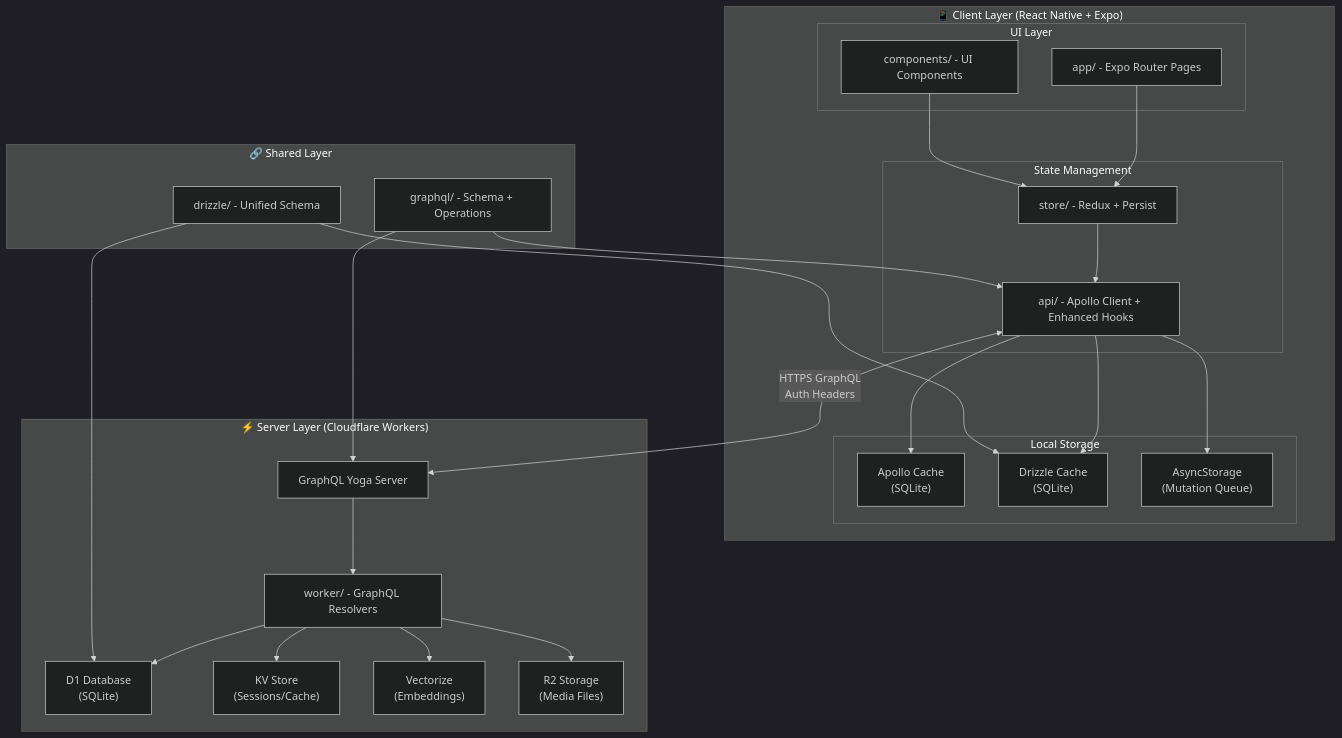
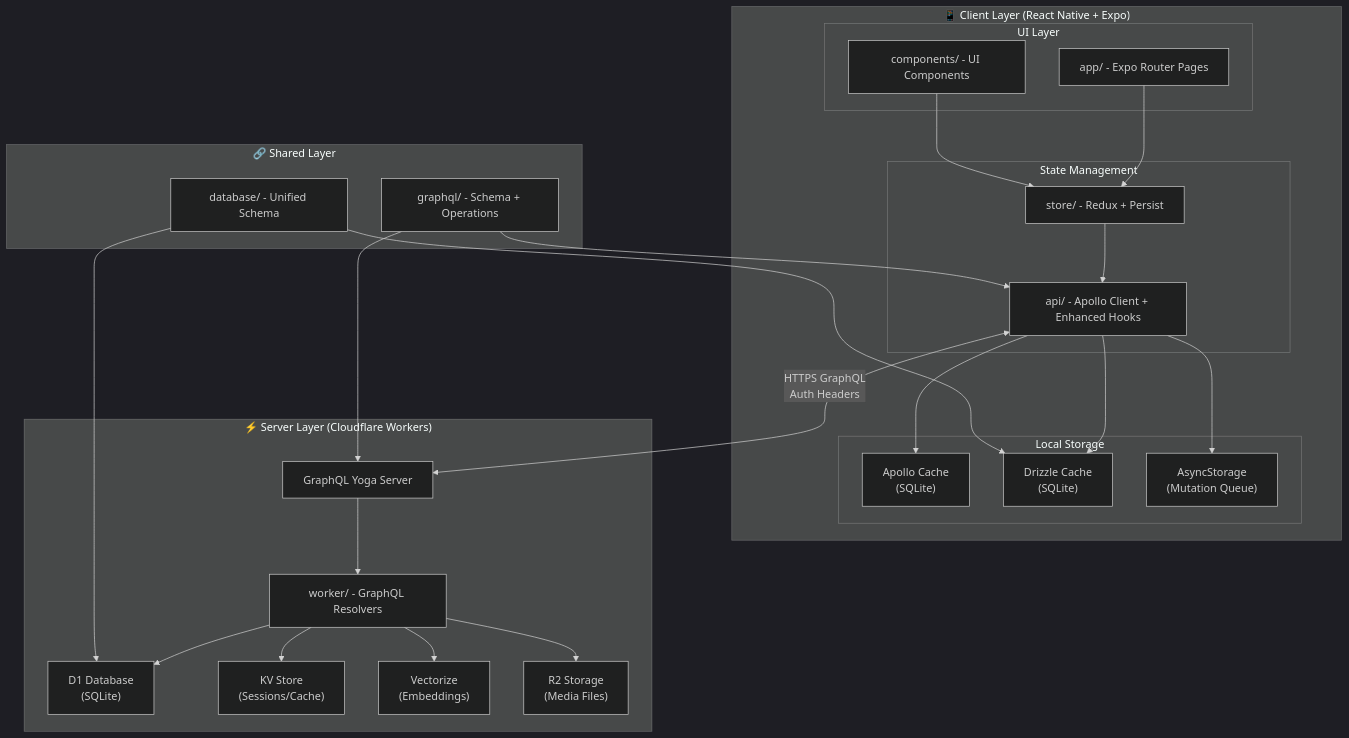
Before and after one commit to mehotkhan/safarnak.app: the first of 11 diagrams in README.md, drawn with Mermaid (dark theme). The commit also changed other lines of this file and 28 other files, not shown here.

````diff
--- a/README.md
+++ b/README.md
@@ -91,49 +91,49 @@
 ```mermaid
 flowchart TB
   subgraph Client["📱 Client Layer (React Native + Expo)"]
     subgraph UI["UI Layer"]
       A["app/ - Expo Router Pages"]
       B["components/ - UI Components"]
     end
     subgraph State["State Management"]
       C["store/ - Redux + Persist"]
       D["api/ - Apollo Client + Enhanced Hooks"]
     end
     subgraph Local["Local Storage"]
       E["Apollo Cache<br/>(SQLite)"]
       F["Drizzle Cache<br/>(SQLite)"]
       G["AsyncStorage<br/>(Mutation Queue)"]
     end
   end
 
   subgraph Shared["🔗 Shared Layer"]
     H["graphql/ - Schema + Operations"]
-    I["drizzle/ - Unified Schema"]
+    I["database/ - Unified Schema"]
   end
 
   subgraph Worker["⚡ Server Layer (Cloudflare Workers)"]
     J["worker/ - GraphQL Resolvers"]
     K["GraphQL Yoga Server"]
     L["D1 Database<br/>(SQLite)"]
     M["KV Store<br/>(Sessions/Cache)"]
     N["Vectorize<br/>(Embeddings)"]
     O["R2 Storage<br/>(Media Files)"]
   end
 
   A --> C
   B --> C
   C --> D
   D --> E
   D --> F
   D --> G
   D <-->|HTTPS GraphQL<br/>Auth Headers| K
   K --> J
   J --> L
   J --> M
   J --> N
   J --> O
   H --> D
   H --> K
   I --> F
   I --> L
 ```
````
